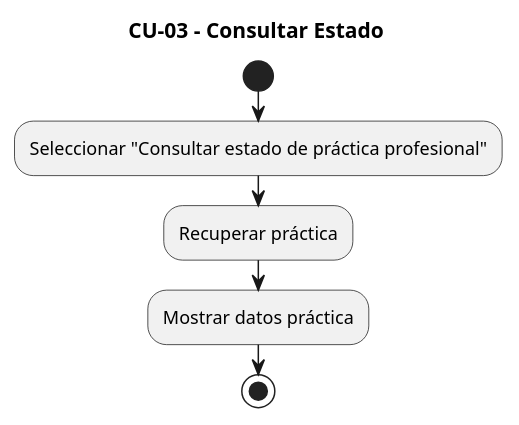
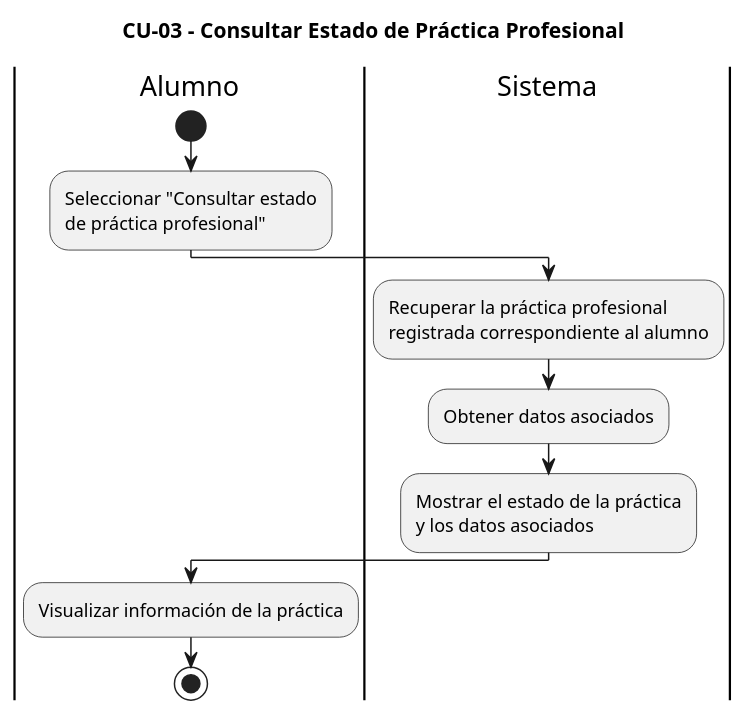
One commit to h3l333/proyecto-uppa changed the diagram in diagramas-de-actividad-puml/diagrama-actividad-cu03.puml. Above: the diagram before and after it, drawn with PlantUML. The commit also changed 15 other files, not shown here.

Commit message:
Enmienda diagramas de actividad

```diff
--- a/diagramas-de-actividad-puml/diagrama-actividad-cu03.puml
+++ b/diagramas-de-actividad-puml/diagrama-actividad-cu03.puml
@@ -1,10 +1,19 @@
-@startuml Diagrama_Actividad_CU03
-title CU-03 - Consultar Estado
+@startuml
+title CU-03 - Consultar Estado de Práctica Profesional
 
+|Alumno|
 start
-:Seleccionar "Consultar estado de práctica profesional";
-:Recuperar práctica;
-:Mostrar datos práctica;
+:Seleccionar "Consultar estado\nde práctica profesional";
+
+|Sistema|
+:Recuperar la práctica profesional\nregistrada correspondiente al alumno;
+
+:Obtener datos asociados;
+
+:Mostrar el estado de la práctica\ny los datos asociados;
+
+|Alumno|
+:Visualizar información de la práctica;
+
 stop
-
 @enduml
```
